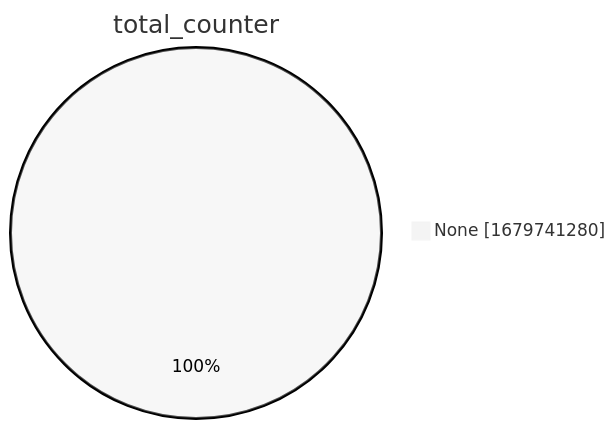
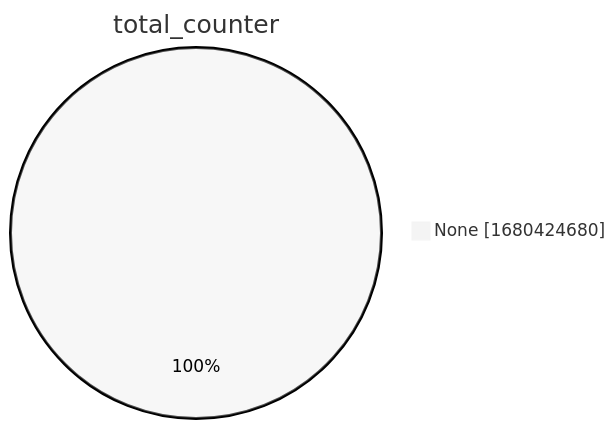
Before and after one commit to christiankrug/ctmonitor_visualization: the second of 15 diagrams in xenon2022/README.md, drawn with Mermaid (neutral theme). The commit also changed other lines of this file, not shown here.

````diff
--- a/xenon2022/README.md
+++ b/xenon2022/README.md
@@ -9,5 +9,5 @@
 ```mermaid
 pie showData
 title total_counter
-"None" :1679741280
+"None" :1680424680
 ```
````
